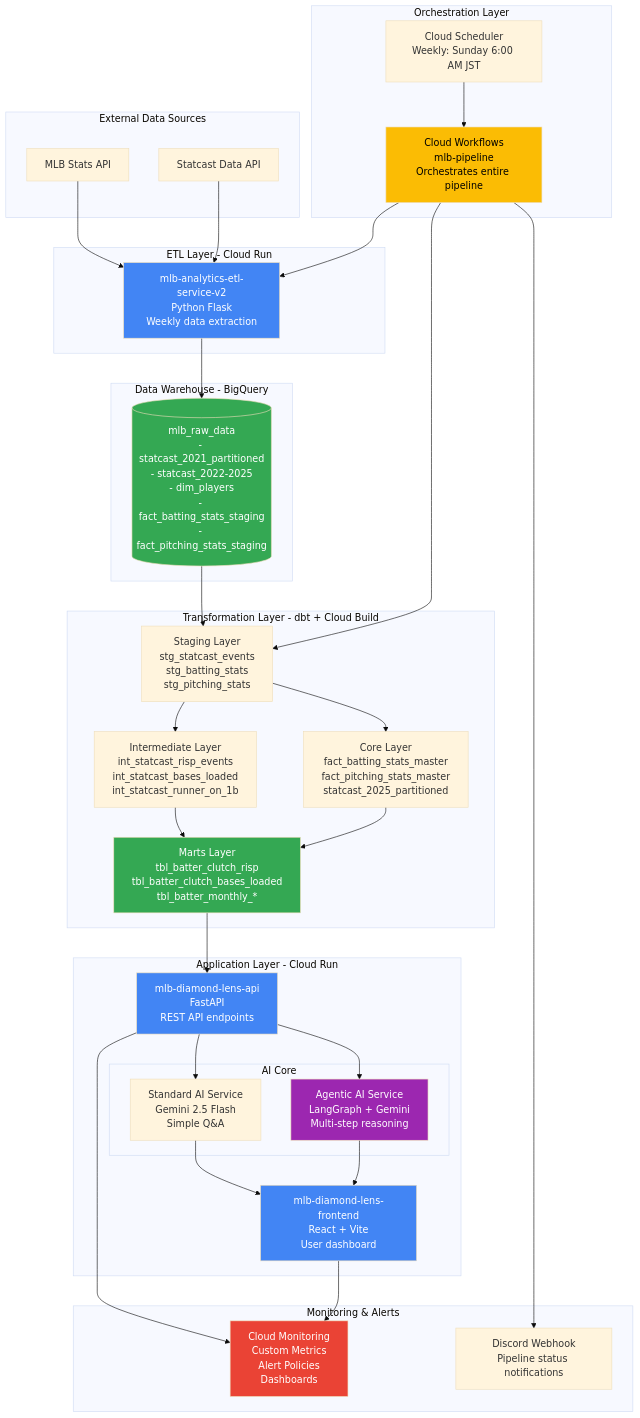
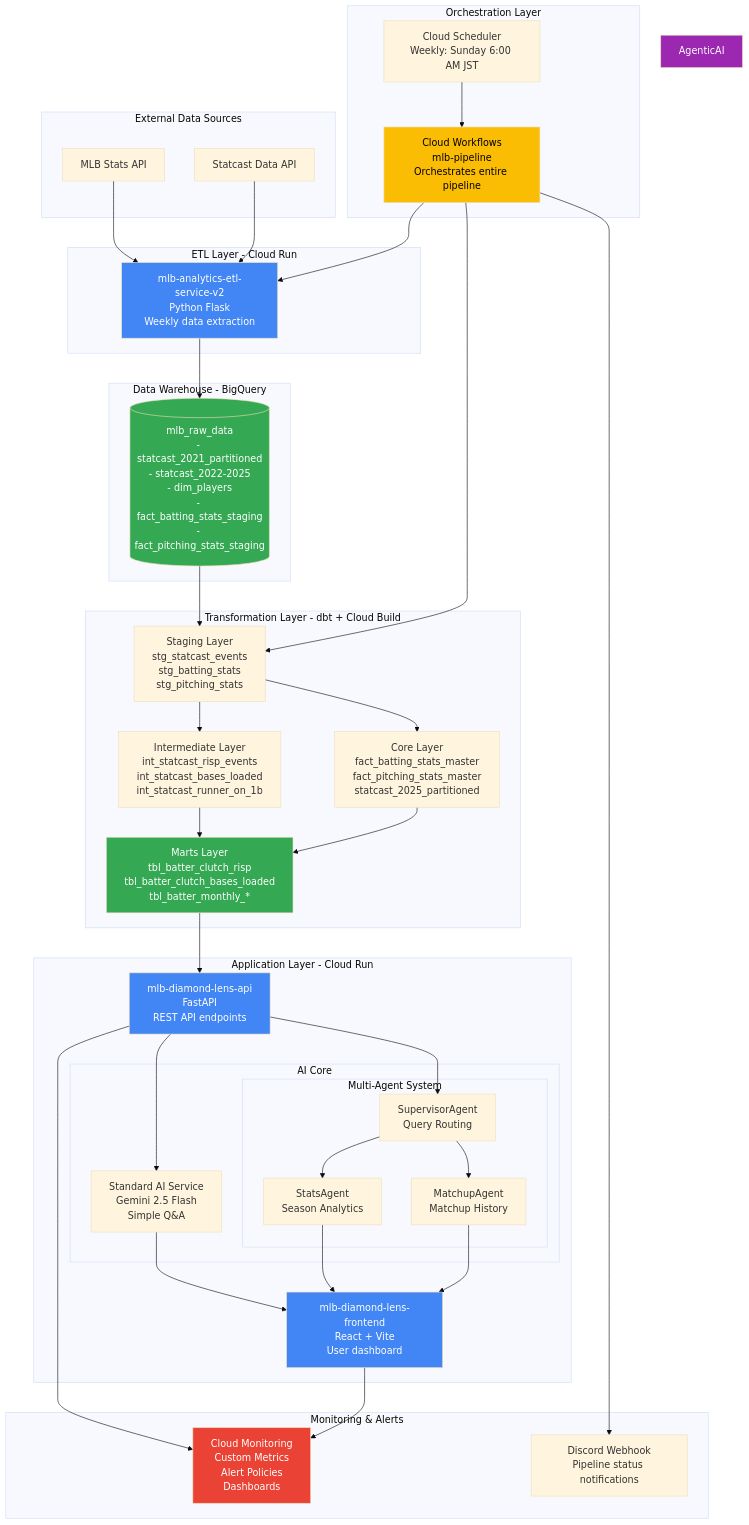
Before and after one commit to takeshimx/diamond-lens: the first of 3 diagrams in README_architecture.md, drawn with Mermaid (base theme). The commit also changed other lines of this file and 2 other files, not shown here.

Commit message:
docs: restore langgraph context in supervisor architecture documentation

````diff
--- a/README_architecture.md
+++ b/README_architecture.md
@@ -21,75 +21,82 @@
 ```mermaid
 graph TB
     subgraph "External Data Sources"
         MLB[MLB Stats API]
         Statcast[Statcast Data API]
     end
 
     subgraph "ETL Layer - Cloud Run"
         ETL[mlb-analytics-etl-service-v2<br/>Python Flask<br/>Weekly data extraction]
     end
 
     subgraph "Data Warehouse - BigQuery"
         RawData[(mlb_raw_data<br/>- statcast_2021_partitioned<br/>- statcast_2022-2025<br/>- dim_players<br/>- fact_batting_stats_staging<br/>- fact_pitching_stats_staging)]
     end
 
     subgraph "Transformation Layer - dbt + Cloud Build"
         Staging[Staging Layer<br/>stg_statcast_events<br/>stg_batting_stats<br/>stg_pitching_stats]
         Intermediate[Intermediate Layer<br/>int_statcast_risp_events<br/>int_statcast_bases_loaded<br/>int_statcast_runner_on_1b]
         Core[Core Layer<br/>fact_batting_stats_master<br/>fact_pitching_stats_master<br/>statcast_2025_partitioned]
         Marts[Marts Layer<br/>tbl_batter_clutch_risp<br/>tbl_batter_clutch_bases_loaded<br/>tbl_batter_monthly_*]
     end
 
 subgraph "Application Layer - Cloud Run"
         Backend[mlb-diamond-lens-api<br/>FastAPI<br/>REST API endpoints]
         Frontend[mlb-diamond-lens-frontend<br/>React + Vite<br/>User dashboard]
         
         subgraph "AI Core"
             StandardAI[Standard AI Service<br/>Gemini 2.5 Flash<br/>Simple Q&A]
-            AgenticAI[Agentic AI Service<br/>LangGraph + Gemini<br/>Multi-step reasoning]
+            subgraph "Multi-Agent System"
+                Supervisor[SupervisorAgent<br/>Query Routing]
+                StatsAgent[StatsAgent<br/>Season Analytics]
+                MatchupAgent[MatchupAgent<br/>Matchup History]
+            end
         end
     end
 
     subgraph "Orchestration Layer"
         Scheduler[Cloud Scheduler<br/>Weekly: Sunday 6:00 AM JST]
         Workflows[Cloud Workflows<br/>mlb-pipeline<br/>Orchestrates entire pipeline]
     end
 
     subgraph "Monitoring & Alerts"
         CloudMonitoring[Cloud Monitoring<br/>Custom Metrics<br/>Alert Policies<br/>Dashboards]
         Discord[Discord Webhook<br/>Pipeline status notifications]
     end
 
     MLB --> ETL
     Statcast --> ETL
     ETL --> RawData
 
     RawData --> Staging
     Staging --> Intermediate
     Staging --> Core
     Intermediate --> Marts
     Core --> Marts
 
     Marts --> Backend
     Backend --> StandardAI
-    Backend --> AgenticAI
+    Backend --> Supervisor
+    Supervisor --> StatsAgent
+    Supervisor --> MatchupAgent
     StandardAI --> Frontend
-    AgenticAI --> Frontend
+    StatsAgent --> Frontend
+    MatchupAgent --> Frontend
 
     Scheduler --> Workflows
     Workflows --> ETL
     Workflows --> Staging
     Workflows --> Discord
 
     Backend --> CloudMonitoring
     Frontend --> CloudMonitoring
 
     style ETL fill:#4285f4,color:#fff
     style Backend fill:#4285f4,color:#fff
     style Frontend fill:#4285f4,color:#fff
     style AgenticAI fill:#9c27b0,color:#fff
     style RawData fill:#34a853,color:#fff
     style Marts fill:#34a853,color:#fff
     style Workflows fill:#fbbc04,color:#000
     style CloudMonitoring fill:#ea4335,color:#fff
 ```
````
